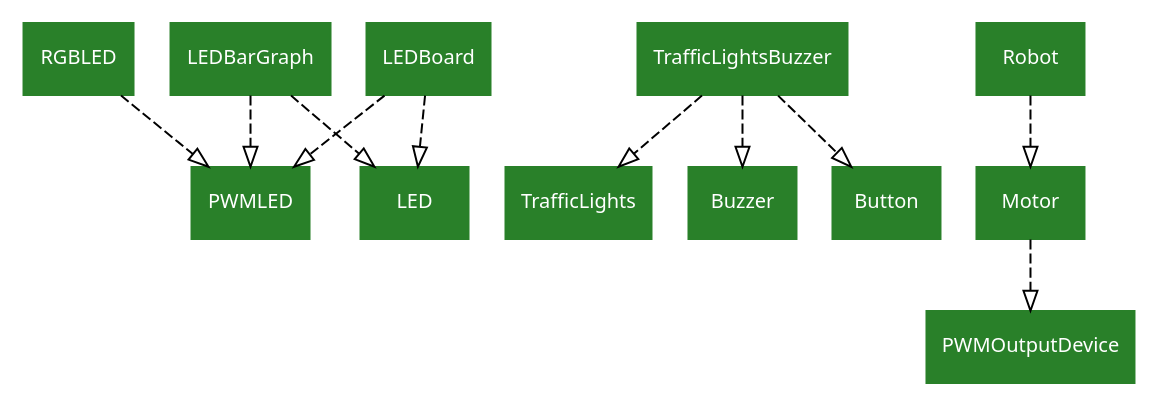
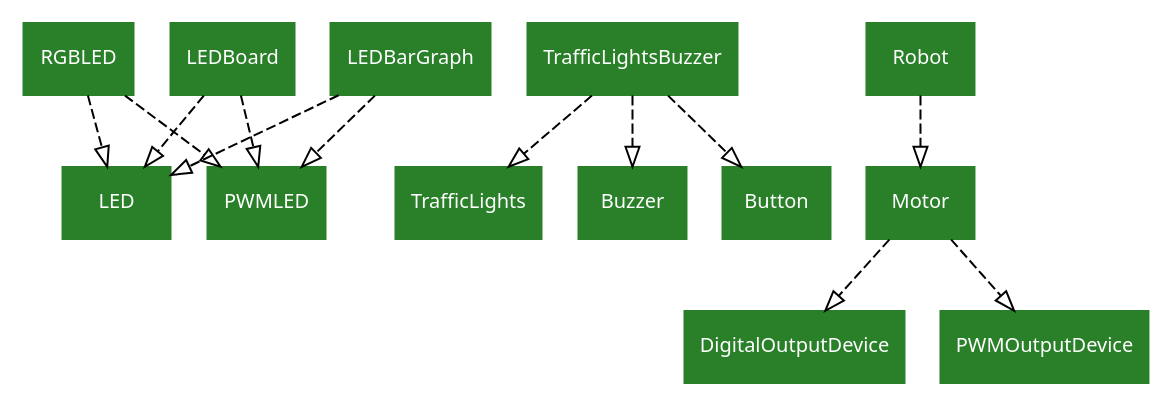
The diagram in docs/images/composed_devices.dot (gpiozero/gpiozero), drawn with Graphviz before and after one commit. The commit also changed 6 other files, not shown here.

Commit message:
Add a `pwm` option to the RGBLED and Motor constructors ...along with the other necessary changes required, to allow them to optionally be used with non-PWM-capable pins

```diff
--- a/docs/images/composed_devices.dot
+++ b/docs/images/composed_devices.dot
@@ -1,20 +1,22 @@
 /* vim: set et sw=4 sts=4: */
 
 digraph classes {
     graph [rankdir=TB];
     node [shape=rect, style=filled, color="#298029", fontname=Sans, fontcolor="#ffffff", fontsize=10];
     edge [arrowhead=onormal, style=dashed];
 
+    RGBLED->LED;
     RGBLED->PWMLED;
     LEDBoard->LED;
     LEDBoard->PWMLED;
     LEDBarGraph->LED;
     LEDBarGraph->PWMLED;
 
     TrafficLightsBuzzer->TrafficLights;
     TrafficLightsBuzzer->Buzzer;
     TrafficLightsBuzzer->Button;
 
     Robot->Motor;
+    Motor->DigitalOutputDevice;
     Motor->PWMOutputDevice;
 }
```
